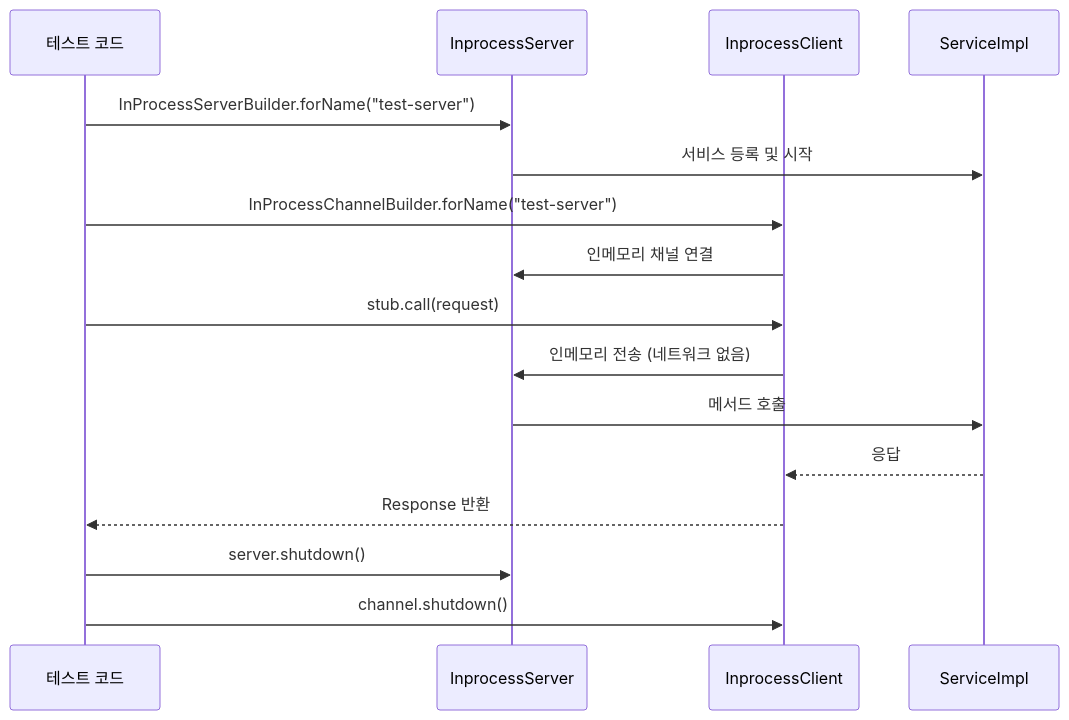
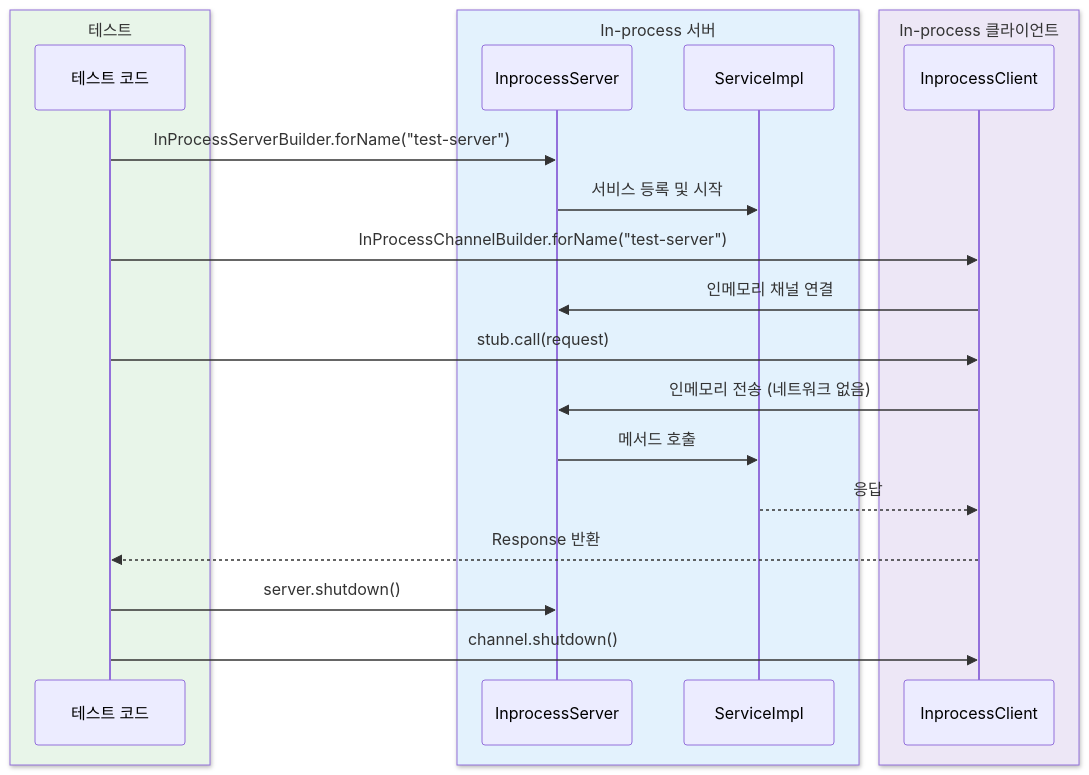
One commit to bluetape4k/bluetape4k-projects changed the fourth of 4 diagrams in io/grpc/README.ko.md. Above: the diagram before and after it, drawn with Mermaid. The commit also changed other lines of this file and 221 other files, not shown here.

First line of the commit message:
docs: 전체 모듈 README UML 다이어그램 보강 및 색상 업그레이드

````diff
--- a/io/grpc/README.ko.md
+++ b/io/grpc/README.ko.md
@@ -117,21 +137,27 @@
 ```mermaid
 sequenceDiagram
-    participant T as 테스트 코드
-    participant IS as InprocessServer
-    participant IC as InprocessClient
-    participant SVC as ServiceImpl
+    box rgb(232, 245, 233) 테스트
+        participant T as 테스트 코드
+    end
+    box rgb(227, 242, 253) In-process 서버
+        participant IS as InprocessServer
+        participant SVC as ServiceImpl
+    end
+    box rgb(237, 231, 246) In-process 클라이언트
+        participant IC as InprocessClient
+    end
 
     T->>IS: InProcessServerBuilder.forName("test-server")
     IS->>SVC: 서비스 등록 및 시작
     T->>IC: InProcessChannelBuilder.forName("test-server")
     IC->>IS: 인메모리 채널 연결
 
     T->>IC: stub.call(request)
     IC->>IS: 인메모리 전송 (네트워크 없음)
     IS->>SVC: 메서드 호출
     SVC-->>IC: 응답
     IC-->>T: Response 반환
 
     T->>IS: server.shutdown()
     T->>IC: channel.shutdown()
 ```
````
